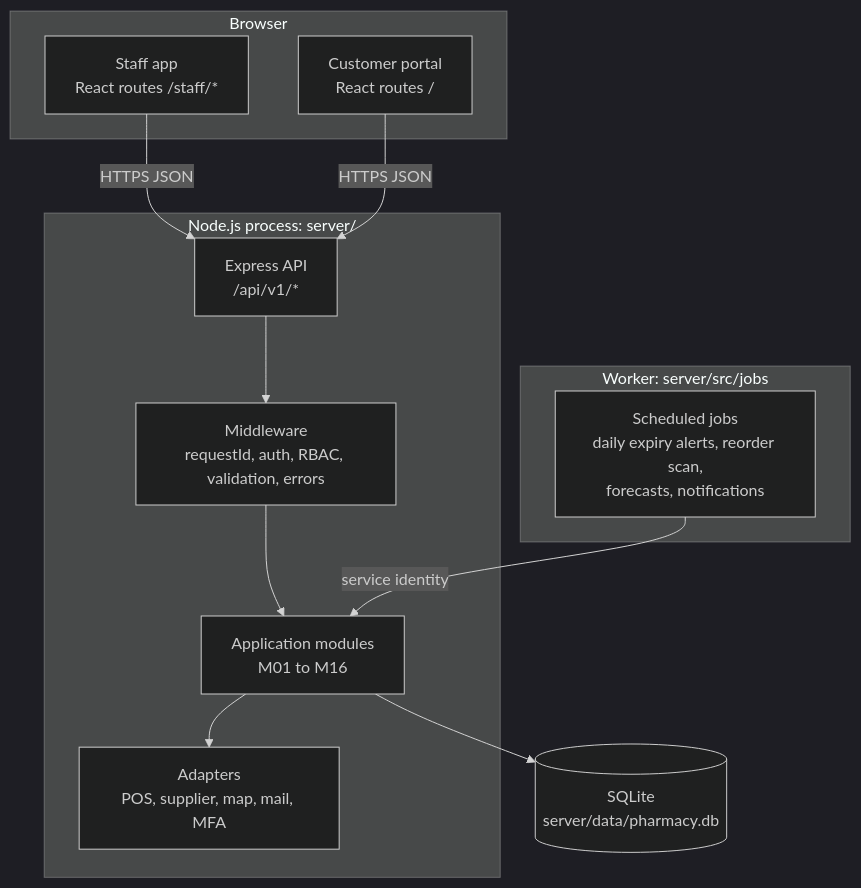
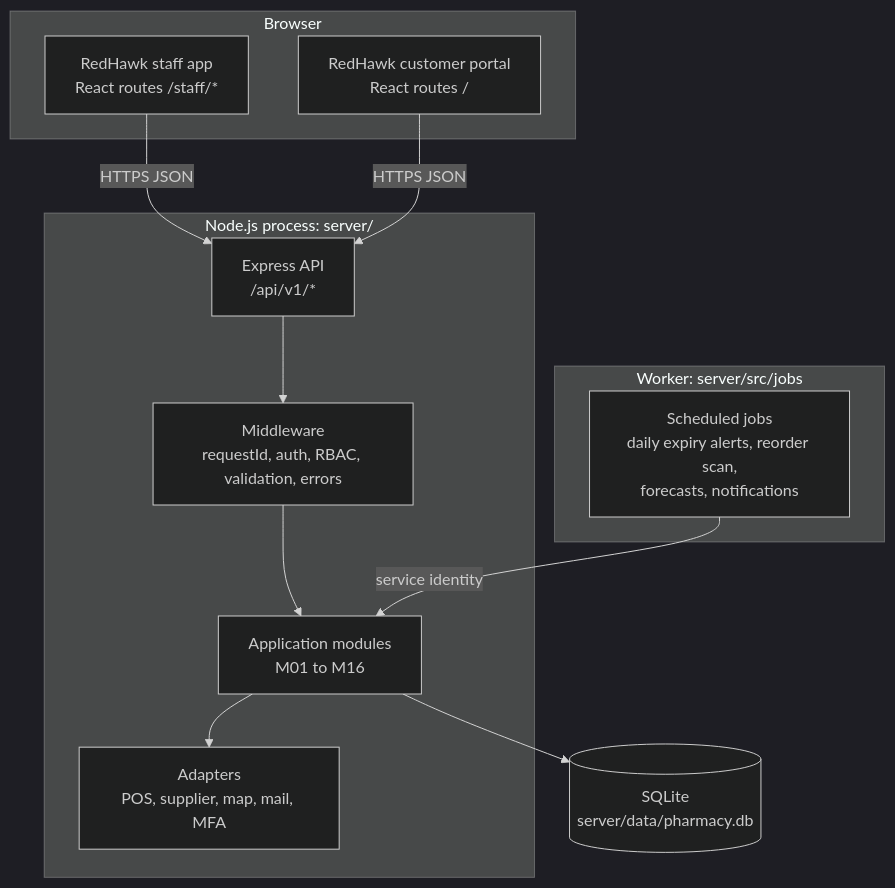
Before and after one commit to zepion1/SWE-PROJECT: the second of 17 diagrams in ARCHITECTURE.md, drawn with Mermaid (dark theme). The commit also changed other lines of this file, not shown here.

Commit message:
docs: brand ARCHITECTURE.md as RedHawk Pharmacy

````diff
--- a/ARCHITECTURE.md
+++ b/ARCHITECTURE.md
@@ -57,27 +57,27 @@
 ```mermaid
 flowchart TB
     subgraph browser["Browser"]
-        staffUI["Staff app<br/>React routes /staff/*"]
-        publicUI["Customer portal<br/>React routes /"]
+        staffUI["RedHawk staff app<br/>React routes /staff/*"]
+        publicUI["RedHawk customer portal<br/>React routes /"]
     end
 
     subgraph server["Node.js process: server/"]
         api["Express API<br/>/api/v1/*"]
         mw["Middleware<br/>requestId, auth, RBAC, validation, errors"]
         mods["Application modules<br/>M01 to M16"]
         adapters["Adapters<br/>POS, supplier, map, mail, MFA"]
     end
 
     subgraph worker["Worker: server/src/jobs"]
         jobs["Scheduled jobs<br/>daily expiry alerts, reorder scan,<br/>forecasts, notifications"]
     end
 
     db[("SQLite<br/>server/data/pharmacy.db")]
 
     staffUI -- "HTTPS JSON" --> api
     publicUI -- "HTTPS JSON" --> api
     api --> mw --> mods
     mods --> db
     mods --> adapters
     jobs -- "service identity" --> mods
 ```
````
